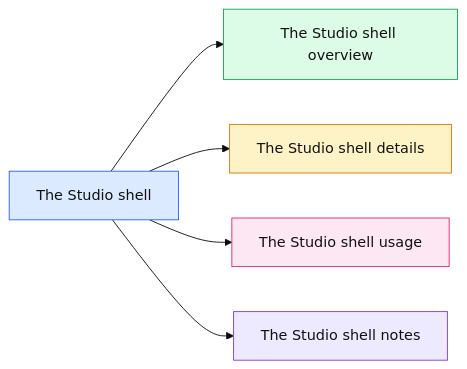
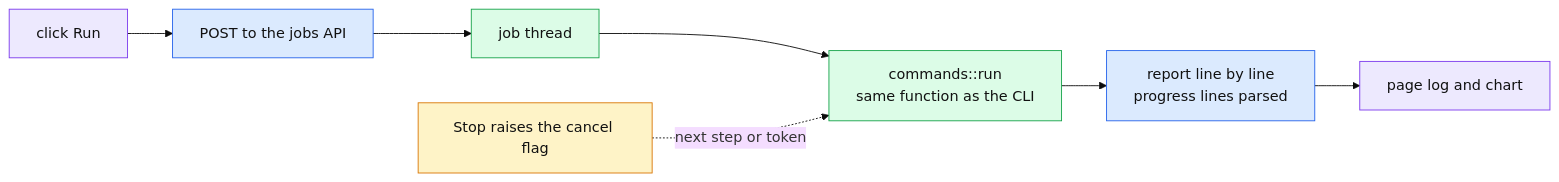
One commit to thomascherickal/ferrum-gpu changed the fourth of 21 diagrams in docs/gui.md. Above: the diagram before and after it, drawn with Mermaid (base theme). The commit also changed other lines of this file and 4 other files, not shown here.

First line of the commit message:
docs: hand-drawn data-flow diagrams for the readme, architecture and GUI pages

````diff
--- a/docs/gui.md
+++ b/docs/gui.md
@@ -29,13 +62,14 @@
 ```mermaid
 flowchart LR
-    a["The Studio shell"]:::root
-    a --> n0["The Studio shell overview"]:::c0
-    a --> n1["The Studio shell details"]:::c1
-    a --> n2["The Studio shell usage"]:::c2
-    a --> n3["The Studio shell notes"]:::c3
-    classDef root fill:#dbeafe,stroke:#2563eb,color:#111
-    classDef c0 fill:#dcfce7,stroke:#16a34a,color:#111
-    classDef c1 fill:#fef3c7,stroke:#d97706,color:#111
-    classDef c2 fill:#fce7f3,stroke:#db2777,color:#111
-    classDef c3 fill:#ede9fe,stroke:#7c3aed,color:#111
+    ck["click Run"]:::host --> ap["POST to the jobs API"]:::core
+    ap --> th["job thread"]:::gpu
+    th --> fn["commands::run<br/>same function as the CLI"]:::gpu
+    fn --> rp["report line by line<br/>progress lines parsed"]:::core
+    rp --> pg["page log and chart"]:::host
+    sp["Stop raises the cancel flag"]:::cpu -. "next step or token" .-> fn
+    classDef core fill:#dbeafe,stroke:#2563eb,color:#111
+    classDef gpu fill:#dcfce7,stroke:#16a34a,color:#111
+    classDef cpu fill:#fef3c7,stroke:#d97706,color:#111
+    classDef io fill:#fce7f3,stroke:#db2777,color:#111
+    classDef host fill:#ede9fe,stroke:#7c3aed,color:#111
 ```
````
